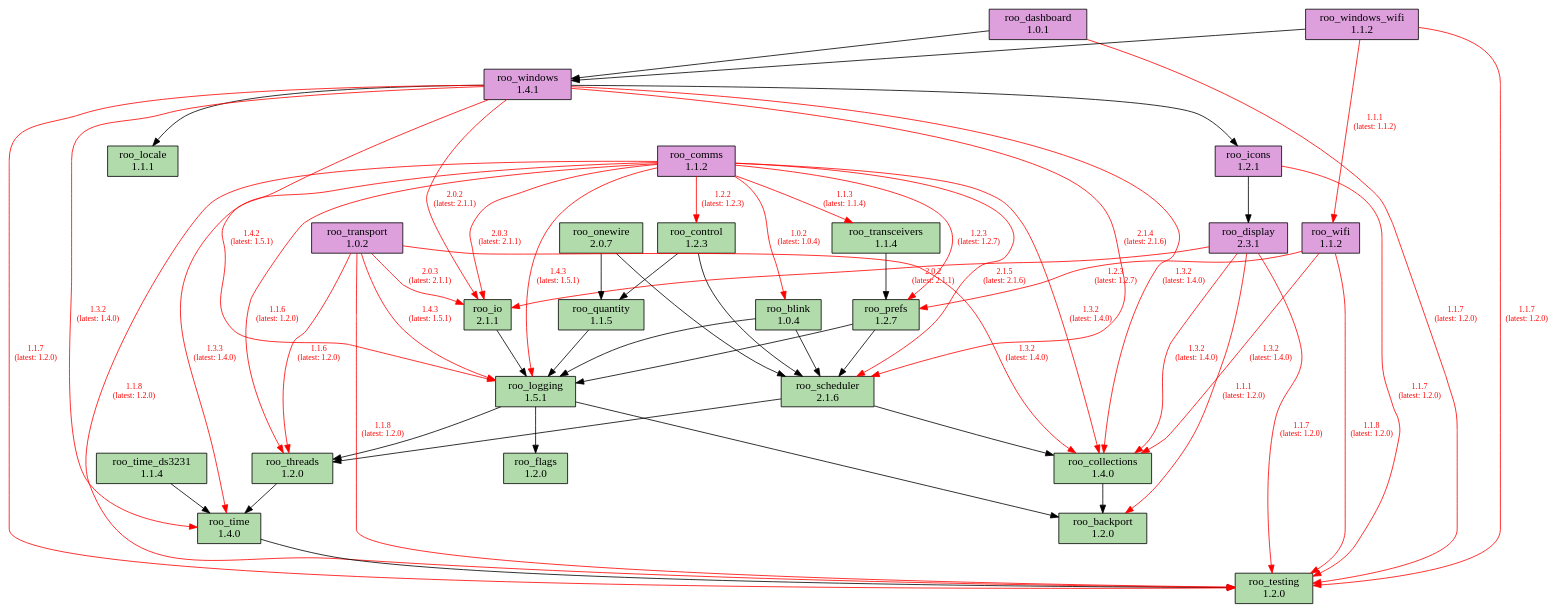
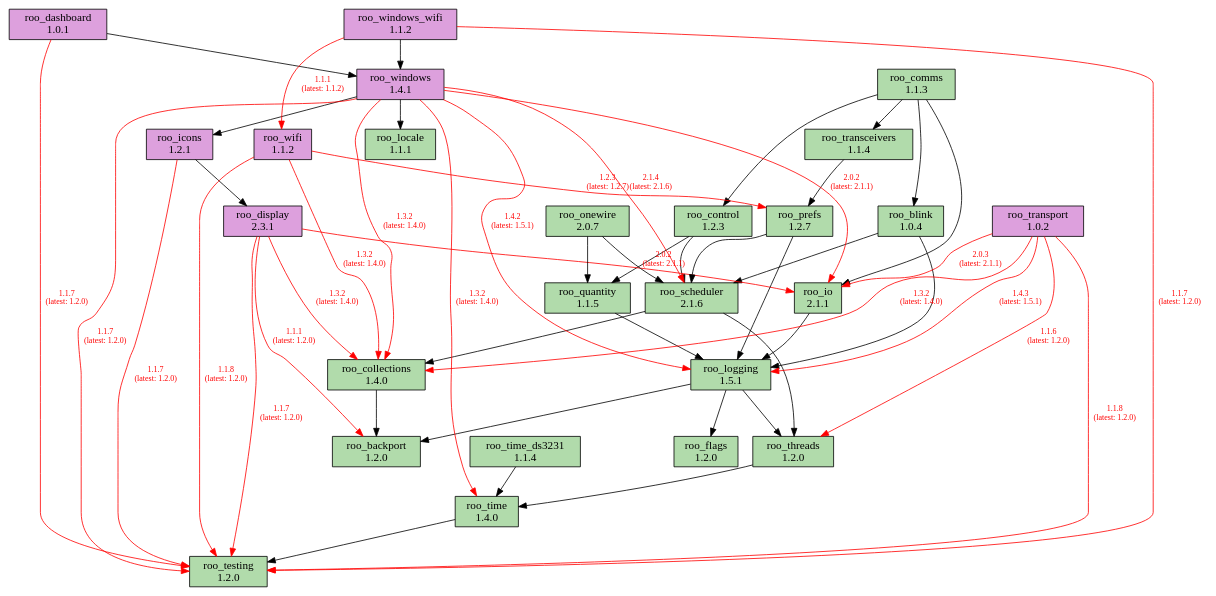
Before and after one commit to dejwk/roo-registry: the diagram in doc/dependencies.dot, drawn with Graphviz. The commit also changed 3 other files, not shown here.

Commit message:
Added roo_comms 1.1.3 to the registry.

```diff
--- a/doc/dependencies.dot
+++ b/doc/dependencies.dot
@@ -1,92 +1,85 @@
 digraph dependencies {
     rankdir=TB;
     node [shape=box, style=filled];
     edge [fontsize=10];
 
     // Modules
     "roo_backport" [label="roo_backport\n1.2.0", fillcolor="#b1dbab"];
     "roo_blink" [label="roo_blink\n1.0.4", fillcolor="#b1dbab"];
     "roo_collections" [label="roo_collections\n1.4.0", fillcolor="#b1dbab"];
-    "roo_comms" [label="roo_comms\n1.1.2", fillcolor="plum"];
+    "roo_comms" [label="roo_comms\n1.1.3", fillcolor="#b1dbab"];
     "roo_control" [label="roo_control\n1.2.3", fillcolor="#b1dbab"];
     "roo_dashboard" [label="roo_dashboard\n1.0.1", fillcolor="plum"];
     "roo_display" [label="roo_display\n2.3.1", fillcolor="plum"];
     "roo_flags" [label="roo_flags\n1.2.0", fillcolor="#b1dbab"];
     "roo_icons" [label="roo_icons\n1.2.1", fillcolor="plum"];
     "roo_io" [label="roo_io\n2.1.1", fillcolor="#b1dbab"];
     "roo_locale" [label="roo_locale\n1.1.1", fillcolor="#b1dbab"];
     "roo_logging" [label="roo_logging\n1.5.1", fillcolor="#b1dbab"];
     "roo_onewire" [label="roo_onewire\n2.0.7", fillcolor="#b1dbab"];
     "roo_prefs" [label="roo_prefs\n1.2.7", fillcolor="#b1dbab"];
     "roo_quantity" [label="roo_quantity\n1.1.5", fillcolor="#b1dbab"];
     "roo_scheduler" [label="roo_scheduler\n2.1.6", fillcolor="#b1dbab"];
     "roo_testing" [label="roo_testing\n1.2.0", fillcolor="#b1dbab"];
     "roo_threads" [label="roo_threads\n1.2.0", fillcolor="#b1dbab"];
     "roo_time" [label="roo_time\n1.4.0", fillcolor="#b1dbab"];
     "roo_time_ds3231" [label="roo_time_ds3231\n1.1.4", fillcolor="#b1dbab"];
     "roo_transceivers" [label="roo_transceivers\n1.1.4", fillcolor="#b1dbab"];
     "roo_transport" [label="roo_transport\n1.0.2", fillcolor="plum"];
     "roo_wifi" [label="roo_wifi\n1.1.2", fillcolor="plum"];
     "roo_windows" [label="roo_windows\n1.4.1", fillcolor="plum"];
     "roo_windows_wifi" [label="roo_windows_wifi\n1.1.2", fillcolor="plum"];
 
     // Dependencies
     "roo_blink" -> "roo_logging";
     "roo_blink" -> "roo_scheduler";
     "roo_collections" -> "roo_backport";
-    "roo_comms" -> "roo_testing" [color=red, fontcolor=red, label="1.1.8\n(latest: 1.2.0)"];
-    "roo_comms" -> "roo_blink" [color=red, fontcolor=red, label="1.0.2\n(latest: 1.0.4)"];
-    "roo_comms" -> "roo_collections" [color=red, fontcolor=red, label="1.3.2\n(latest: 1.4.0)"];
-    "roo_comms" -> "roo_control" [color=red, fontcolor=red, label="1.2.2\n(latest: 1.2.3)"];
-    "roo_comms" -> "roo_io" [color=red, fontcolor=red, label="2.0.3\n(latest: 2.1.1)"];
-    "roo_comms" -> "roo_logging" [color=red, fontcolor=red, label="1.4.3\n(latest: 1.5.1)"];
-    "roo_comms" -> "roo_prefs" [color=red, fontcolor=red, label="1.2.3\n(latest: 1.2.7)"];
-    "roo_comms" -> "roo_scheduler" [color=red, fontcolor=red, label="2.1.5\n(latest: 2.1.6)"];
-    "roo_comms" -> "roo_threads" [color=red, fontcolor=red, label="1.1.6\n(latest: 1.2.0)"];
-    "roo_comms" -> "roo_time" [color=red, fontcolor=red, label="1.3.3\n(latest: 1.4.0)"];
-    "roo_comms" -> "roo_transceivers" [color=red, fontcolor=red, label="1.1.3\n(latest: 1.1.4)"];
+    "roo_comms" -> "roo_blink";
+    "roo_comms" -> "roo_control";
+    "roo_comms" -> "roo_io";
+    "roo_comms" -> "roo_transceivers";
     "roo_control" -> "roo_quantity";
     "roo_control" -> "roo_scheduler";
     "roo_dashboard" -> "roo_testing" [color=red, fontcolor=red, label="1.1.7\n(latest: 1.2.0)"];
     "roo_dashboard" -> "roo_windows";
     "roo_display" -> "roo_testing" [color=red, fontcolor=red, label="1.1.7\n(latest: 1.2.0)"];
     "roo_display" -> "roo_backport" [color=red, fontcolor=red, label="1.1.1\n(latest: 1.2.0)"];
     "roo_display" -> "roo_collections" [color=red, fontcolor=red, label="1.3.2\n(latest: 1.4.0)"];
     "roo_display" -> "roo_io" [color=red, fontcolor=red, label="2.0.2\n(latest: 2.1.1)"];
     "roo_icons" -> "roo_testing" [color=red, fontcolor=red, label="1.1.7\n(latest: 1.2.0)"];
     "roo_icons" -> "roo_display";
     "roo_io" -> "roo_logging";
     "roo_logging" -> "roo_backport";
     "roo_logging" -> "roo_flags";
     "roo_logging" -> "roo_threads";
     "roo_onewire" -> "roo_scheduler";
     "roo_onewire" -> "roo_quantity";
     "roo_prefs" -> "roo_logging";
     "roo_prefs" -> "roo_scheduler";
     "roo_quantity" -> "roo_logging";
     "roo_scheduler" -> "roo_collections";
     "roo_scheduler" -> "roo_threads";
     "roo_threads" -> "roo_time";
     "roo_time" -> "roo_testing";
     "roo_time_ds3231" -> "roo_time";
     "roo_transceivers" -> "roo_prefs";
     "roo_transport" -> "roo_testing" [color=red, fontcolor=red, label="1.1.8\n(latest: 1.2.0)"];
     "roo_transport" -> "roo_collections" [color=red, fontcolor=red, label="1.3.2\n(latest: 1.4.0)"];
     "roo_transport" -> "roo_io" [color=red, fontcolor=red, label="2.0.3\n(latest: 2.1.1)"];
     "roo_transport" -> "roo_logging" [color=red, fontcolor=red, label="1.4.3\n(latest: 1.5.1)"];
     "roo_transport" -> "roo_threads" [color=red, fontcolor=red, label="1.1.6\n(latest: 1.2.0)"];
     "roo_wifi" -> "roo_testing" [color=red, fontcolor=red, label="1.1.8\n(latest: 1.2.0)"];
     "roo_wifi" -> "roo_collections" [color=red, fontcolor=red, label="1.3.2\n(latest: 1.4.0)"];
     "roo_wifi" -> "roo_prefs" [color=red, fontcolor=red, label="1.2.3\n(latest: 1.2.7)"];
     "roo_windows" -> "roo_testing" [color=red, fontcolor=red, label="1.1.7\n(latest: 1.2.0)"];
     "roo_windows" -> "roo_collections" [color=red, fontcolor=red, label="1.3.2\n(latest: 1.4.0)"];
     "roo_windows" -> "roo_locale";
     "roo_windows" -> "roo_logging" [color=red, fontcolor=red, label="1.4.2\n(latest: 1.5.1)"];
     "roo_windows" -> "roo_icons";
     "roo_windows" -> "roo_io" [color=red, fontcolor=red, label="2.0.2\n(latest: 2.1.1)"];
     "roo_windows" -> "roo_scheduler" [color=red, fontcolor=red, label="2.1.4\n(latest: 2.1.6)"];
     "roo_windows" -> "roo_time" [color=red, fontcolor=red, label="1.3.2\n(latest: 1.4.0)"];
     "roo_windows_wifi" -> "roo_testing" [color=red, fontcolor=red, label="1.1.7\n(latest: 1.2.0)"];
     "roo_windows_wifi" -> "roo_wifi" [color=red, fontcolor=red, label="1.1.1\n(latest: 1.1.2)"];
     "roo_windows_wifi" -> "roo_windows";
 }
```
